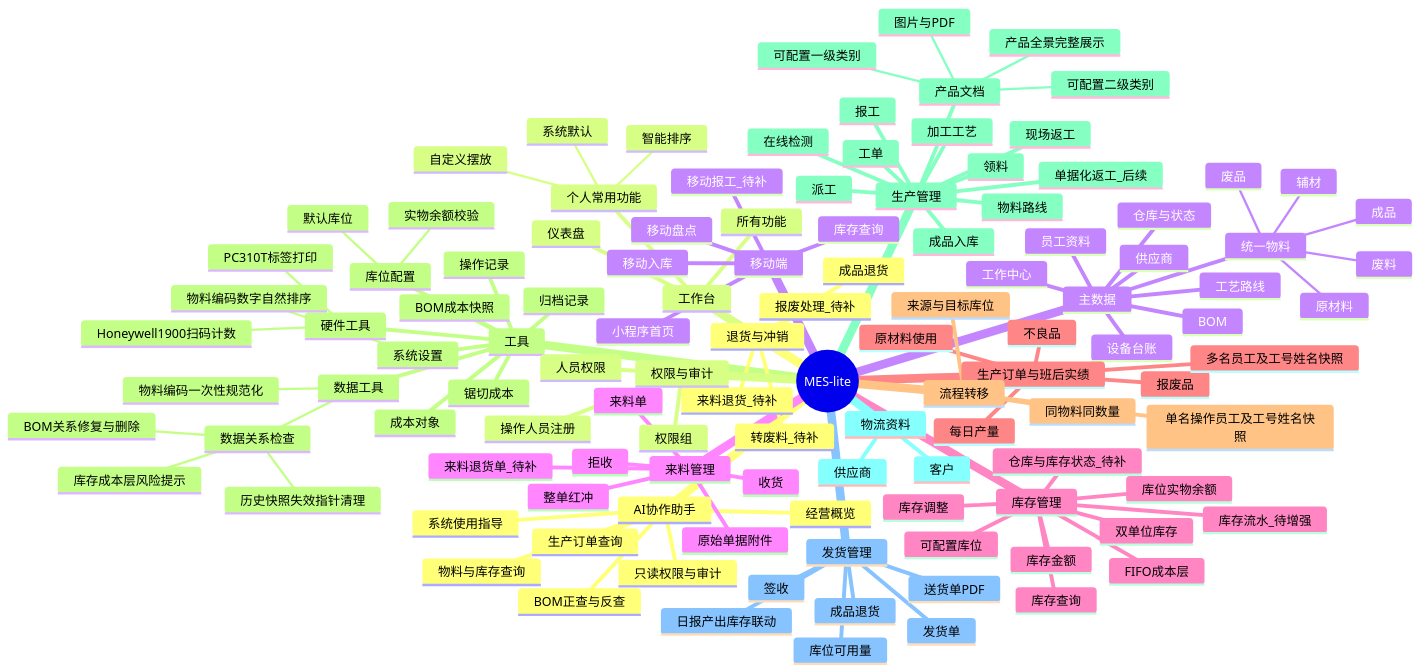
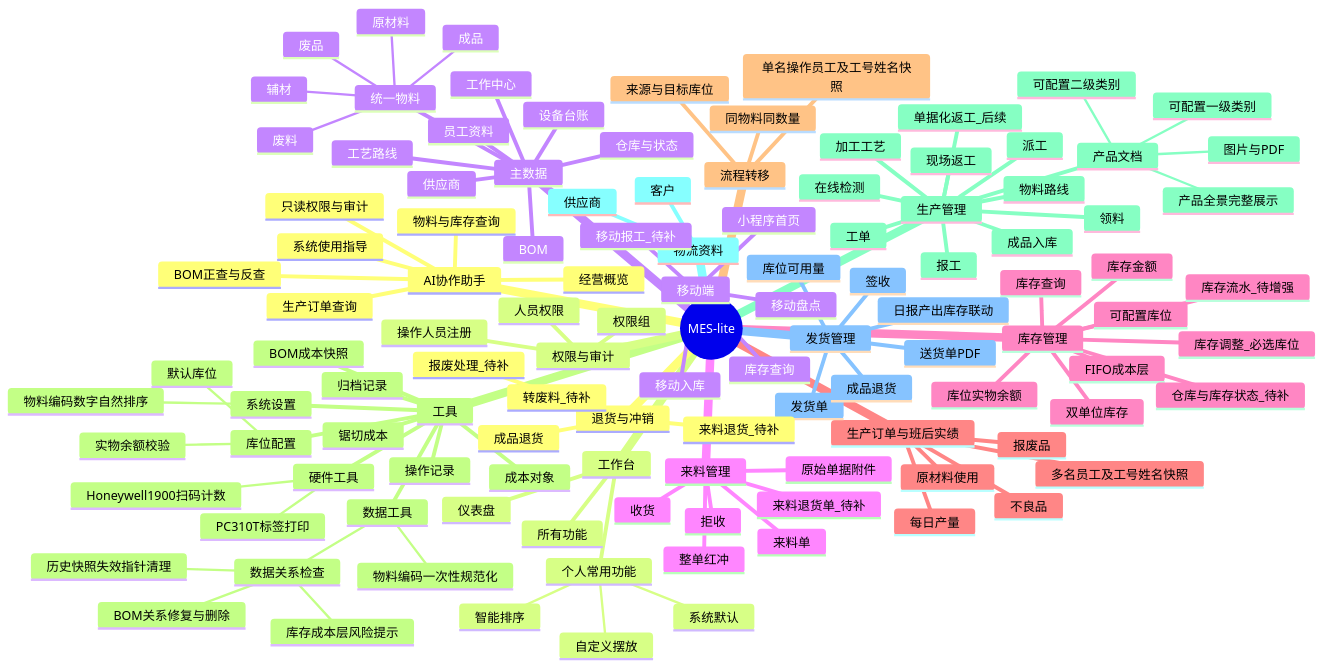
The first of 18 diagrams in docs/minierp/system-function-flow.md (goldf2/mes-lite), drawn with Mermaid before and after one commit. The commit also changed 14 other files, not shown here.

```diff
--- a/docs/minierp/system-function-flow.md
+++ b/docs/minierp/system-function-flow.md
@@ -68,7 +68,7 @@
       双单位库存
       库存金额
       FIFO成本层
-      库存调整
+      库存调整_必选库位
       库存流水_待增强
       仓库与库存状态_待补
     生产订单与班后实绩
```
